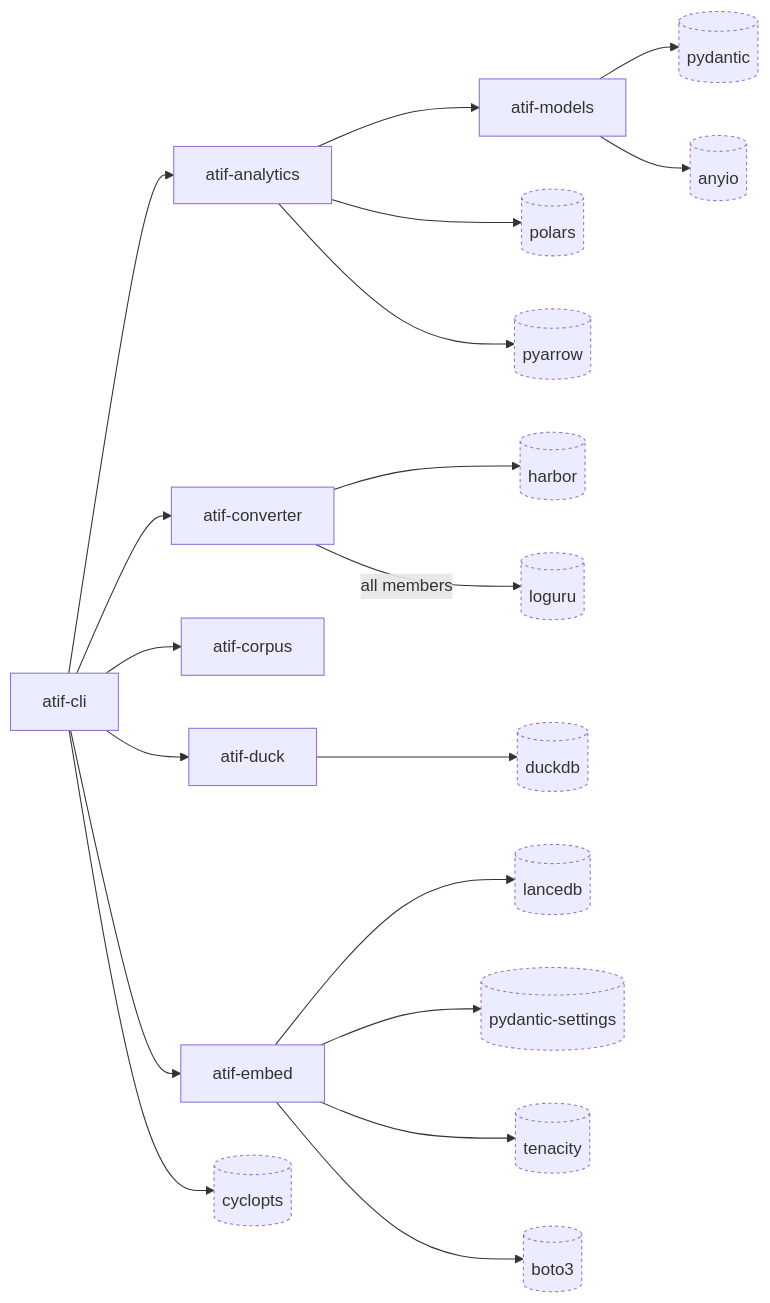
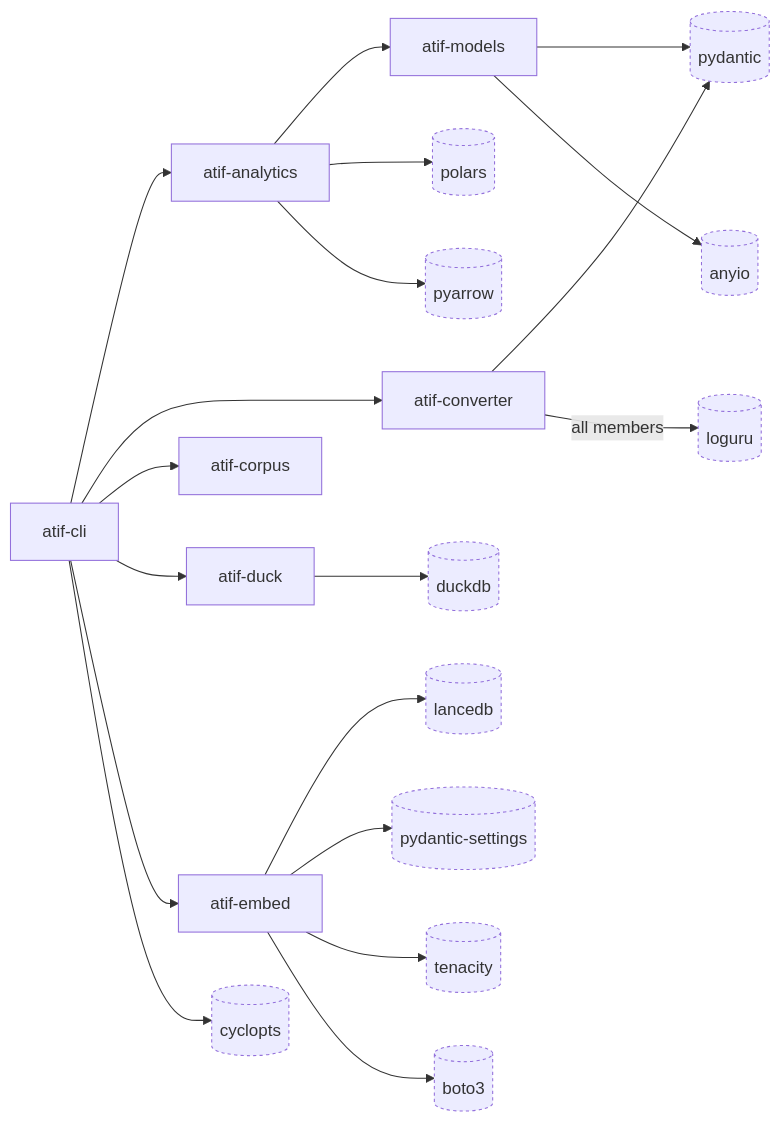
Before and after one commit to laithalsaadoon/atif-sql: the diagram in docs/diagrams/structural/dependency-graph.md, drawn with Mermaid. The commit also changed other lines of this file and 48 other files, not shown here.

First line of the commit message:
refactor(converter): vendor the ATIF models and price data; harbor and litellm become dev-only (#19)

````diff
--- a/docs/diagrams/structural/dependency-graph.md
+++ b/docs/diagrams/structural/dependency-graph.md
@@ -16,45 +16,44 @@
 ```mermaid
 flowchart LR
     cli[atif-cli]
     analytics[atif-analytics]
     converter[atif-converter]
     corpus[atif-corpus]
     duck[atif-duck]
     embed[atif-embed]
     models[atif-models]
 
     loguru[(loguru)]:::external
     polars[(polars)]:::external
     pydantic[(pydantic)]:::external
     duckdb[(duckdb)]:::external
     pydsettings[(pydantic-settings)]:::external
     tenacity[(tenacity)]:::external
     pyarrow[(pyarrow)]:::external
     lancedb[(lancedb)]:::external
     anyio[(anyio)]:::external
     cyclopts[(cyclopts)]:::external
     boto3[(boto3)]:::external
-    harbor[(harbor)]:::external
 
     cli --> analytics
     cli --> converter
     cli --> corpus
     cli --> duck
     cli --> embed
     analytics --> models
 
     cli --> cyclopts
-    converter --> harbor
+    converter --> pydantic
     duck --> duckdb
     converter -->|all members| loguru
     analytics --> polars
     analytics --> pyarrow
     embed --> lancedb
     embed --> pydsettings
     embed --> tenacity
     embed --> boto3
     models --> pydantic
     models --> anyio
 
     classDef external stroke-dasharray: 3 3
 ```
````
